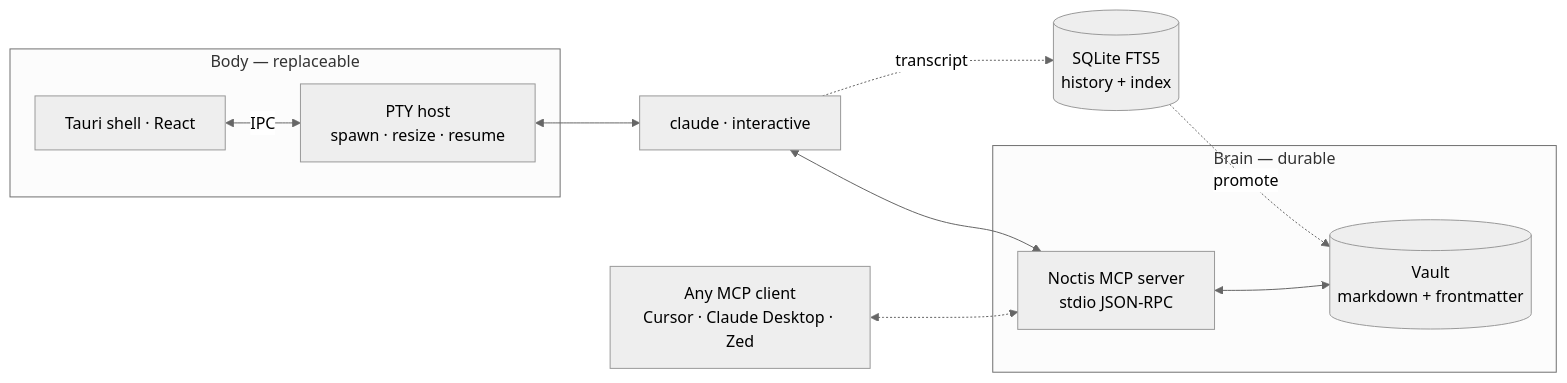
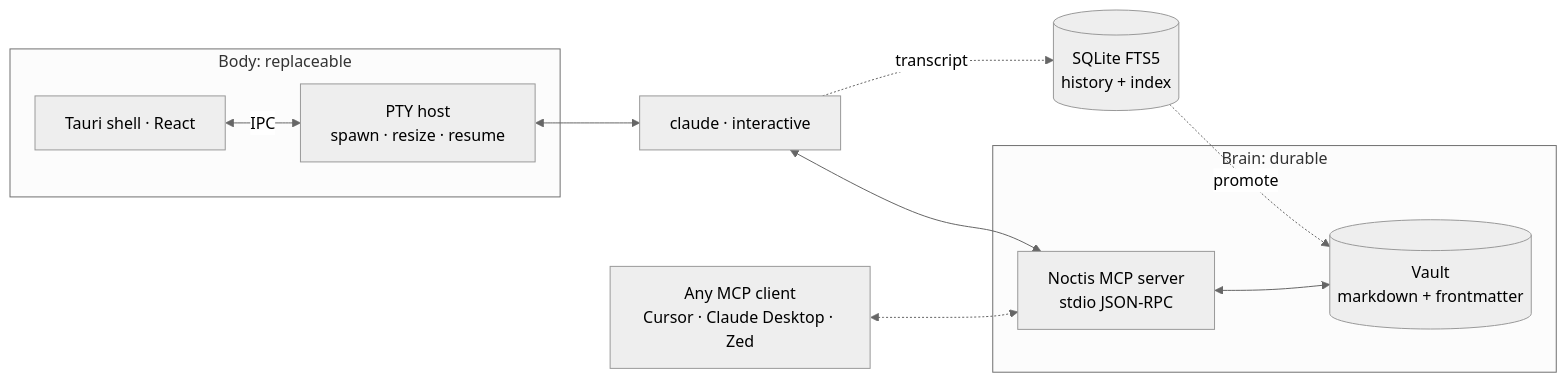
Before and after one commit to shaynesss/noctis-os: the second of 2 diagrams in README.md, drawn with Mermaid (neutral theme). The commit also changed other lines of this file and 19 other files, not shown here.

````diff
--- a/README.md
+++ b/README.md
@@ -140,24 +94,24 @@
 ```mermaid
 flowchart LR
-    subgraph Body[Body — replaceable]
+    subgraph Body[Body: replaceable]
         UI[Tauri shell · React]
         PTY[PTY host<br/>spawn · resize · resume]
     end
 
-    subgraph Brain[Brain — durable]
+    subgraph Brain[Brain: durable]
         MCP[Noctis MCP server<br/>stdio JSON-RPC]
         Vault[(Vault<br/>markdown + frontmatter)]
     end
 
     Store[(SQLite FTS5<br/>history + index)]
     CC[claude · interactive]
     Other[Any MCP client<br/>Cursor · Claude Desktop · Zed]
 
     UI <-->|IPC| PTY
     PTY <--> CC
     CC <--> MCP
     Other <-.-> MCP
     MCP <--> Vault
     CC -.->|transcript| Store
     Store -.->|promote| Vault
 ```
````
